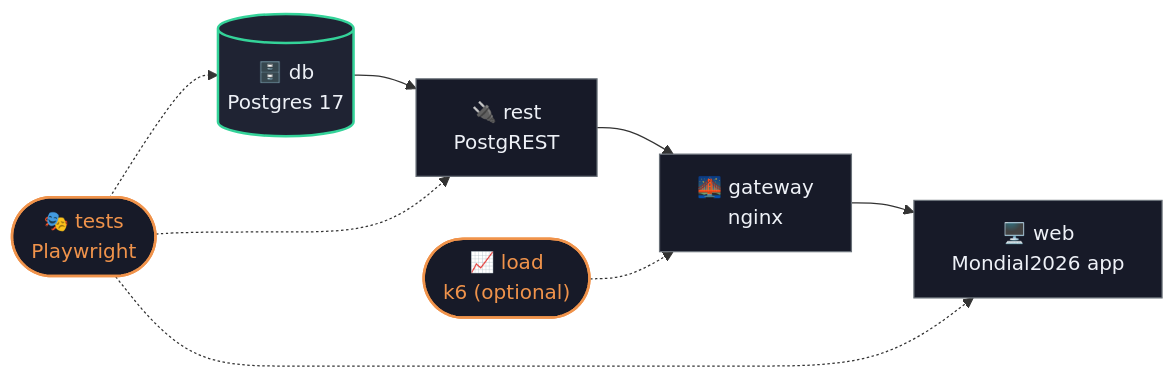
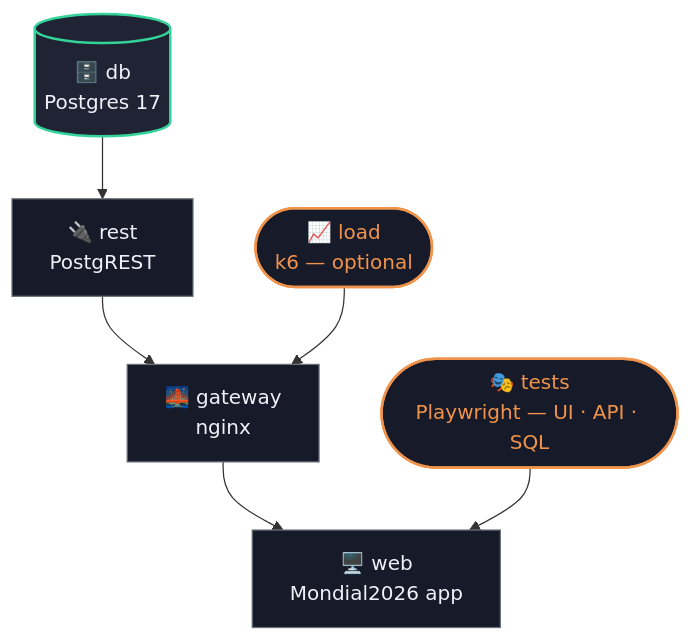
The first of 2 diagrams in README.md (PashaGend/QA-Automation-project), drawn with Mermaid before and after one commit. The commit also changed other lines of this file, not shown here.

Commit message:
Switch diagrams to top-down layout to fix overlap and fit the README column
The left-to-right layout made k6 overlap the db cylinder and forced
horizontal panning to see the whole diagram on GitHub. Top-down reads
cleanly in a narrow column with no pan needed.

````diff
--- a/README.md
+++ b/README.md
@@ -31,17 +31,15 @@
 ```mermaid
-flowchart LR
+flowchart TD
     DB[("🗄️ db<br/>Postgres 17")] --> REST["🔌 rest<br/>PostgREST"]
     REST --> GW["🌉 gateway<br/>nginx"]
     GW --> WEB["🖥️ web<br/>Mondial2026 app"]
-    TESTS(["🎭 tests<br/>Playwright"]) -.-> WEB
-    TESTS -.-> REST
-    TESTS -.-> DB
-    LOAD(["📈 load<br/>k6 (optional)"]) -.-> GW
+    TESTS(["🎭 tests<br/>Playwright — UI · API · SQL"]) --> WEB
+    LOAD(["📈 load<br/>k6 — optional"]) --> GW
 
     classDef store fill:#1f2333,stroke:#34d399,stroke-width:2px,color:#eef1f7;
     classDef svc fill:#171a28,stroke:#6a7179,stroke-width:1px,color:#eef1f7;
     classDef driver fill:#171a28,stroke:#f0934b,stroke-width:2px,color:#f0934b;
     class DB store;
     class REST,GW,WEB svc;
     class TESTS,LOAD driver;
 ```
````
